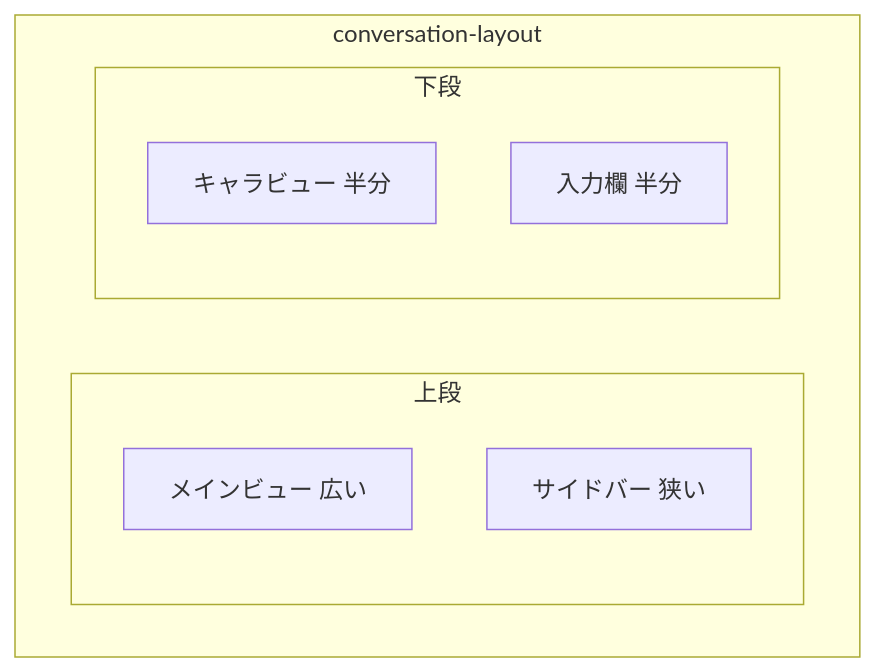
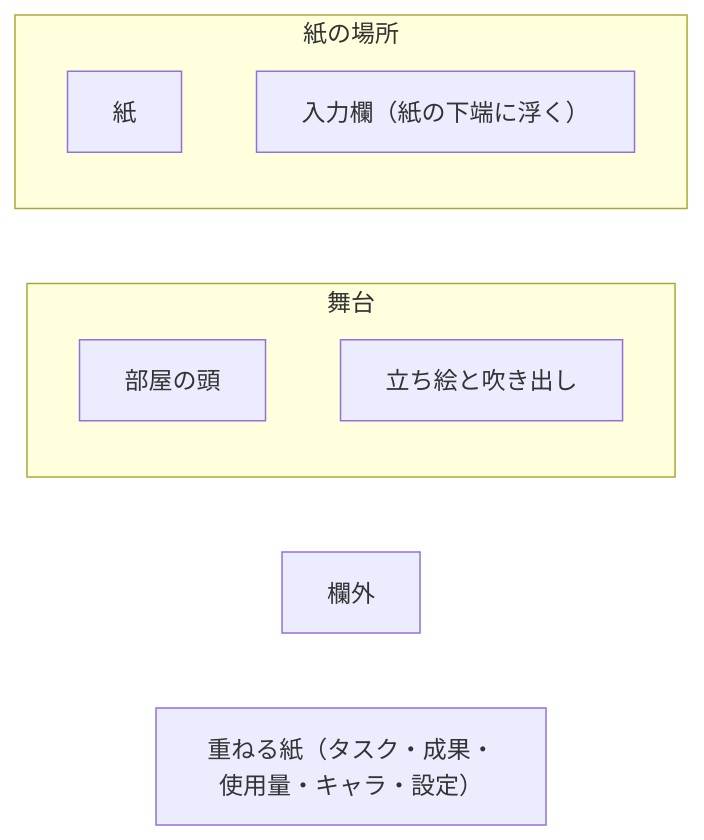
The third of 4 diagrams in docs/guide/overview.md (sinnlosses/tsukumo), drawn with Mermaid before and after one commit. The commit also changed other lines of this file and 658 other files, not shown here.

````diff
--- a/docs/guide/overview.md
+++ b/docs/guide/overview.md
@@ -86,13 +86,13 @@
 ```mermaid
-flowchart TB
-  subgraph layout["conversation-layout"]
-    subgraph upper["上段"]
-      m["メインビュー 広い"]
-      s["サイドバー 狭い"]
-    end
-    subgraph lower["下段"]
-      c["キャラビュー 半分"]
-      d["入力欄 半分"]
-    end
+flowchart LR
+  subgraph stage["舞台"]
+    h["部屋の頭"]
+    c["立ち絵と吹き出し"]
   end
+  subgraph desk["紙の場所"]
+    m["紙"]
+    d["入力欄（紙の下端に浮く）"]
+  end
+  g["欄外"]
+  sheet["重ねる紙（タスク・成果・使用量・キャラ・設定）"]
 ```
````
